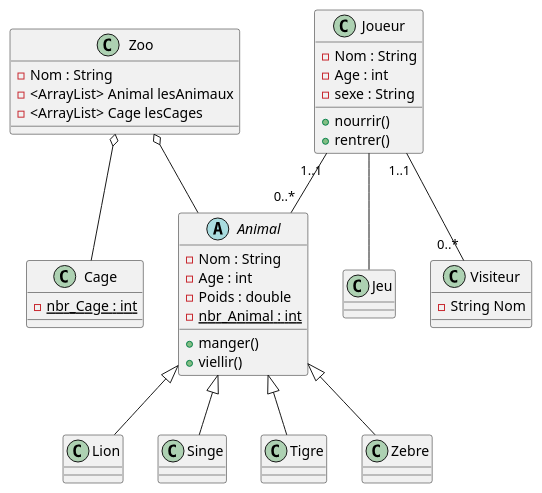
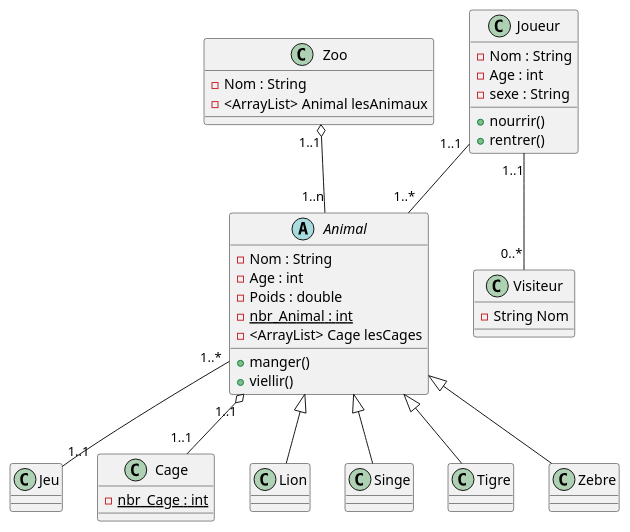
One commit to Idricealy/JeuZoo changed the diagram in src/doc/DiagramdeClasseDomaine.md. Above: the diagram before and after it, drawn with PlantUML. The commit also changed 10 other files, not shown here.

Commit message:
diagrmame classe domaine et sequence

```diff
--- a/src/doc/DiagramdeClasseDomaine.md
+++ b/src/doc/DiagramdeClasseDomaine.md
@@ -1,55 +1,59 @@
 @startuml
 
 class Zoo {
 -Nom : String 
 -<ArrayList> Animal lesAnimaux
--<ArrayList> Cage lesCages
+
 
 }
 abstract class Animal{
 -Nom : String 
 -Age : int 
 -Poids : double
 -{static} nbr_Animal : int
+-<ArrayList> Cage lesCages
 +manger()
 +viellir()
 }
 Class Joueur{    
 -Nom : String 
 -Age : int 
 -sexe : String
 +nourrir()
 +rentrer()
 }
 class Jeu{
 }
 class Cage{
 -{static} nbr_Cage : int 
 }
 class Visiteur{
 -String Nom
 }
 class Lion{
 
 }
 class Singe{
 
 }
 class Tigre{
 
 }
 class Zebre{
 
 }
 
 Animal <|-- Lion
 Animal <|-- Singe
 Animal <|-- Tigre
 Animal <|-- Zebre
-Zoo o-- Animal
-Joueur -- Jeu
-Zoo o-- Cage
+Zoo "1..1" o-- "1..n" Animal
+
+Animal "1..1" o-- "1..1" Cage
 
 Joueur "1..1" -- "0..*" Visiteur
-Joueur "1..1" -- "0..*" Animal
+Joueur "1..1" -- "1..*" Animal
+
+Animal "1..*" -- "1..1" Jeu
+
 @enduml
```
